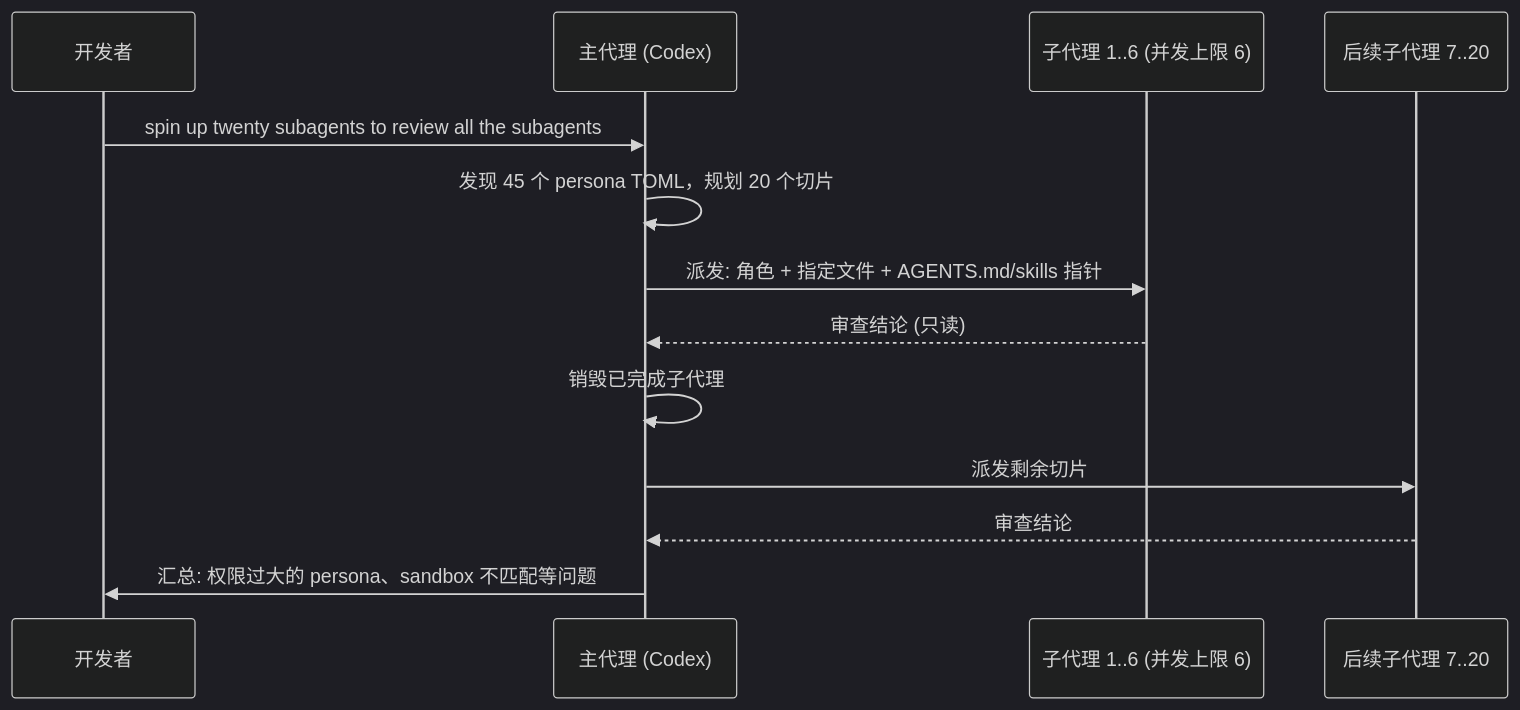
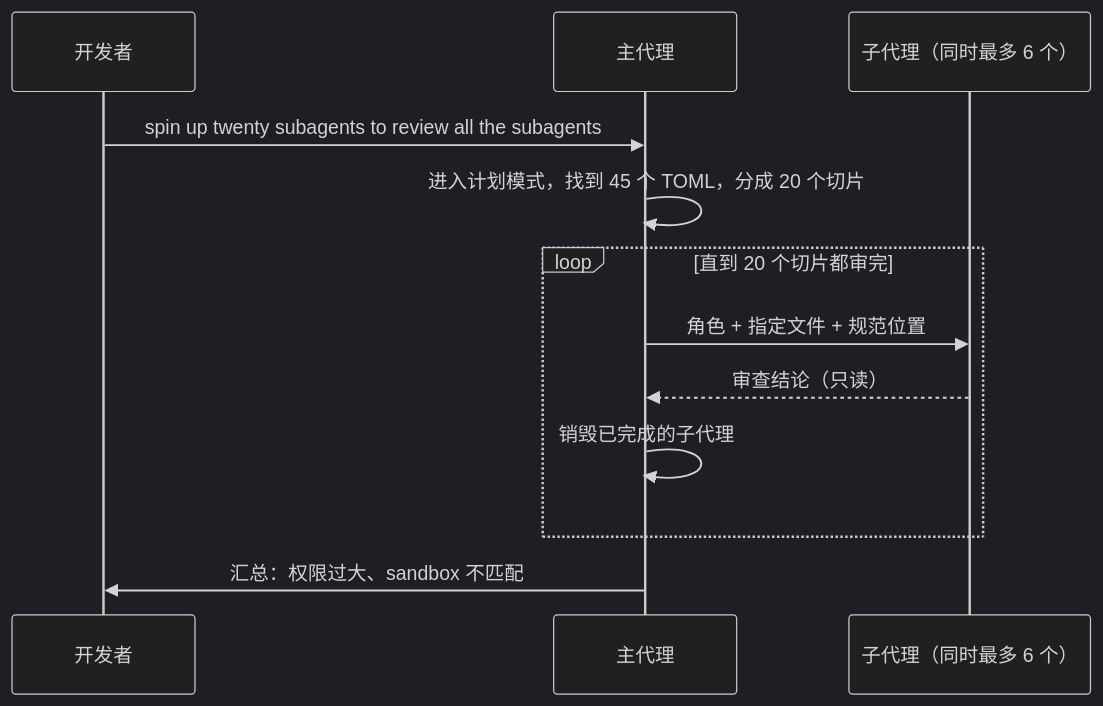
The second of 2 diagrams in docs/08-codex-masterclass.md (yzw7489757/ai-coding-videos), drawn with Mermaid (dark theme) before and after one commit. The commit also changed other lines of this file and 9 other files, not shown here.

````diff
--- a/docs/08-codex-masterclass.md
+++ b/docs/08-codex-masterclass.md
@@ -98,15 +176,14 @@
 ```mermaid
 sequenceDiagram
     participant U as 开发者
-    participant M as 主代理 (Codex)
-    participant S1 as 子代理 1..6 (并发上限 6)
-    participant S2 as 后续子代理 7..20
+    participant M as 主代理
+    participant S as 子代理（同时最多 6 个）
     U->>M: spin up twenty subagents to review all the subagents
-    M->>M: 发现 45 个 persona TOML，规划 20 个切片
-    M->>S1: 派发: 角色 + 指定文件 + AGENTS.md/skills 指针
-    S1-->>M: 审查结论 (只读)
-    M->>M: 销毁已完成子代理
-    M->>S2: 派发剩余切片
-    S2-->>M: 审查结论
-    M->>U: 汇总: 权限过大的 persona、sandbox 不匹配等问题
+    M->>M: 进入计划模式，找到 45 个 TOML，分成 20 个切片
+    loop 直到 20 个切片都审完
+        M->>S: 角色 + 指定文件 + 规范位置
+        S-->>M: 审查结论（只读）
+        M->>M: 销毁已完成的子代理
+    end
+    M->>U: 汇总：权限过大、sandbox 不匹配
 ```
````
